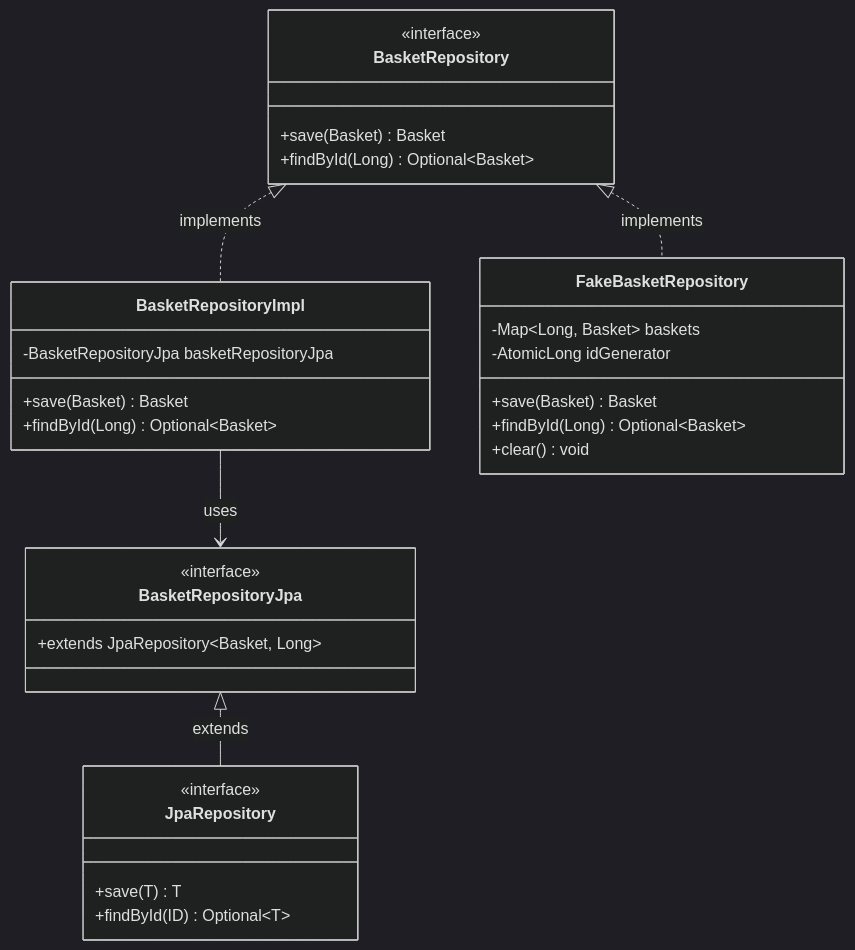
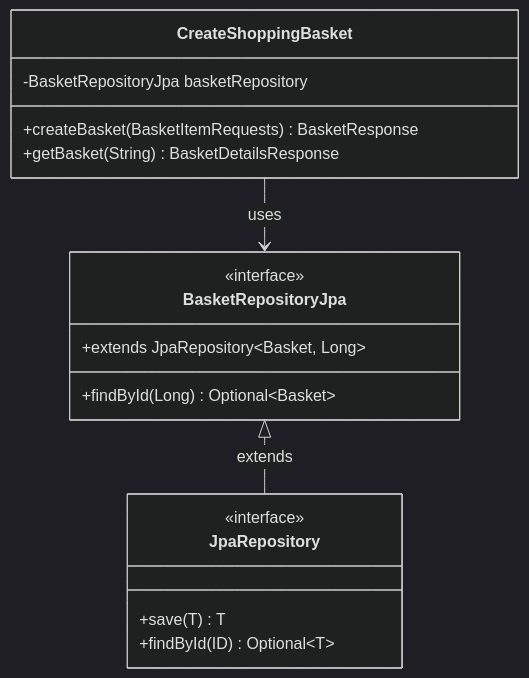
Before and after one commit to codeleesh/tdd-workshop: the second of 2 diagrams in src/test/java/io/codelee/tddworkshop/shopping/CreateShoppingBasketTest.md, drawn with Mermaid (dark theme). The commit also changed other lines of this file and 5 other files, not shown here.

First line of the commit message:
```git refactor(shopping): eliminate redundant repository layer and enhance JPA mapping

````diff
--- a/src/test/java/io/codelee/tddworkshop/shopping/CreateShoppingBasketTest.md
+++ b/src/test/java/io/codelee/tddworkshop/shopping/CreateShoppingBasketTest.md
@@ -195,38 +195,23 @@
 ```mermaid
 classDiagram
-    class BasketRepository {
-        <<interface>>
-        +save(Basket) Basket
-        +findById(Long) Optional~Basket~
-    }
-    
-    class BasketRepositoryImpl {
-        -BasketRepositoryJpa basketRepositoryJpa
-        +save(Basket) Basket
-        +findById(Long) Optional~Basket~
-    }
-    
     class BasketRepositoryJpa {
         <<interface>>
         +extends JpaRepository~Basket, Long~
-    }
-    
-    class FakeBasketRepository {
-        -Map~Long, Basket~ baskets
-        -AtomicLong idGenerator
-        +save(Basket) Basket
         +findById(Long) Optional~Basket~
-        +clear() void
     }
     
     class JpaRepository {
         <<interface>>
         +save(T) T
         +findById(ID) Optional~T~
     }
     
-    BasketRepository <|.. BasketRepositoryImpl : implements
-    BasketRepository <|.. FakeBasketRepository : implements
+    class CreateShoppingBasket {
+        -BasketRepositoryJpa basketRepository
+        +createBasket(BasketItemRequests) BasketResponse
+        +getBasket(String) BasketDetailsResponse
+    }
+    
     BasketRepositoryJpa <|-- JpaRepository : extends
-    BasketRepositoryImpl --> BasketRepositoryJpa : uses
+    CreateShoppingBasket --> BasketRepositoryJpa : uses
 ```
````
